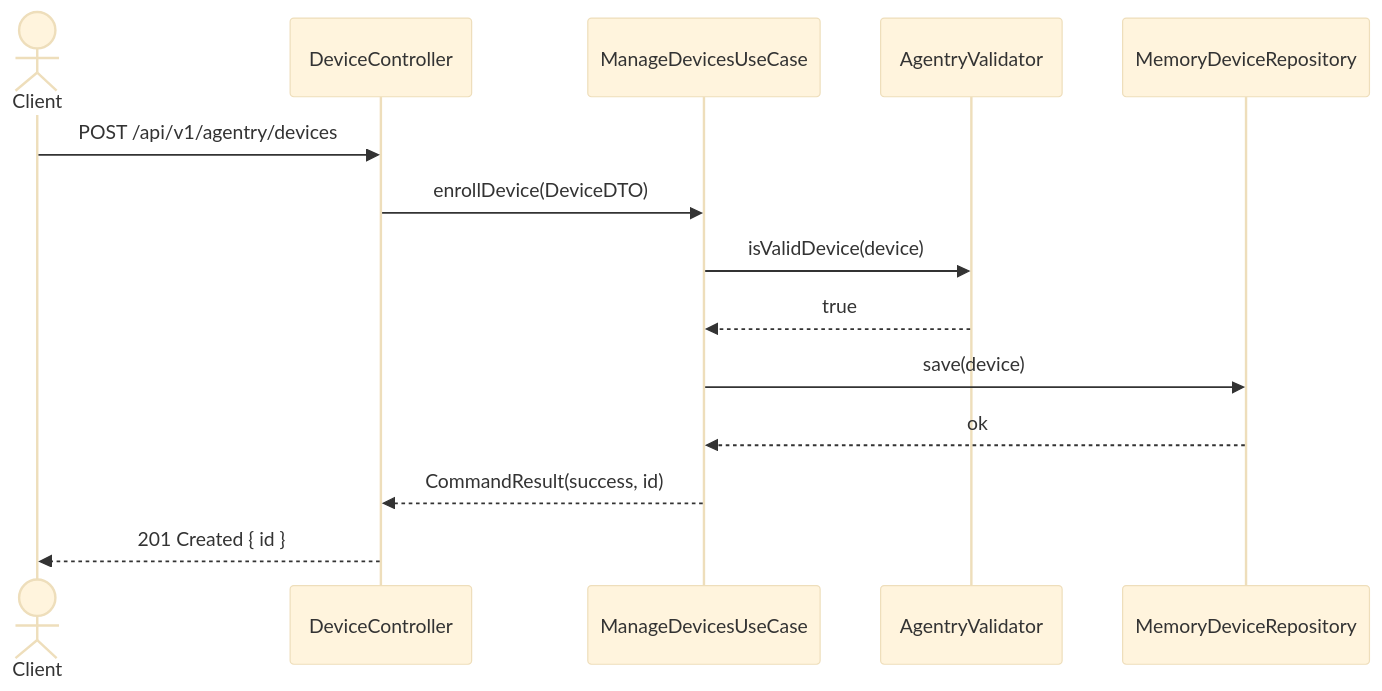
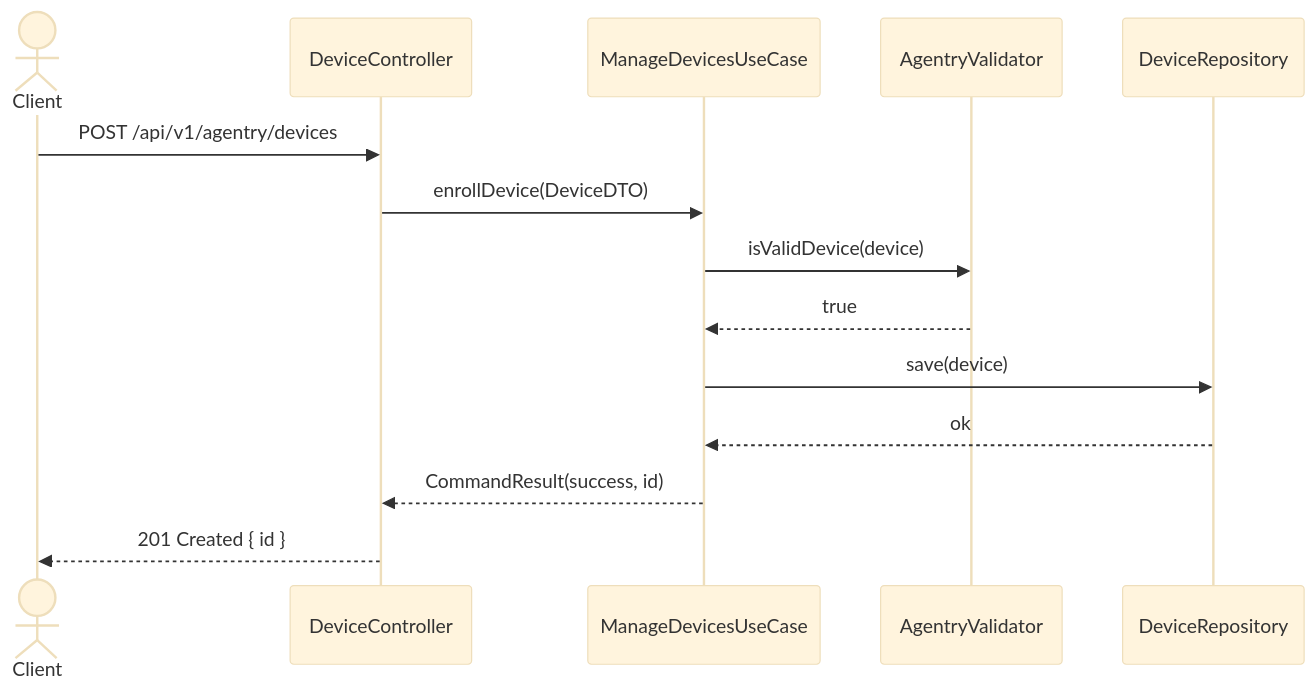
One commit to UIMSolutions/uim-platform changed the third of 6 diagrams in agentry/UML.md. Above: the diagram before and after it, drawn with Mermaid (base theme). The commit also changed other lines of this file and 17 other files, not shown here.

````diff
--- a/agentry/UML.md
+++ b/agentry/UML.md
@@ -123,17 +123,17 @@
 ```mermaid
 sequenceDiagram
     actor Client
     participant DC as DeviceController
     participant UC as ManageDevicesUseCase
     participant V as AgentryValidator
-    participant R as MemoryDeviceRepository
+    participant R as DeviceRepository
 
     Client->>DC: POST /api/v1/agentry/devices
     DC->>UC: enrollDevice(DeviceDTO)
     UC->>V: isValidDevice(device)
     V-->>UC: true
     UC->>R: save(device)
     R-->>UC: ok
     UC-->>DC: CommandResult(success, id)
     DC-->>Client: 201 Created { id }
 ```
````
